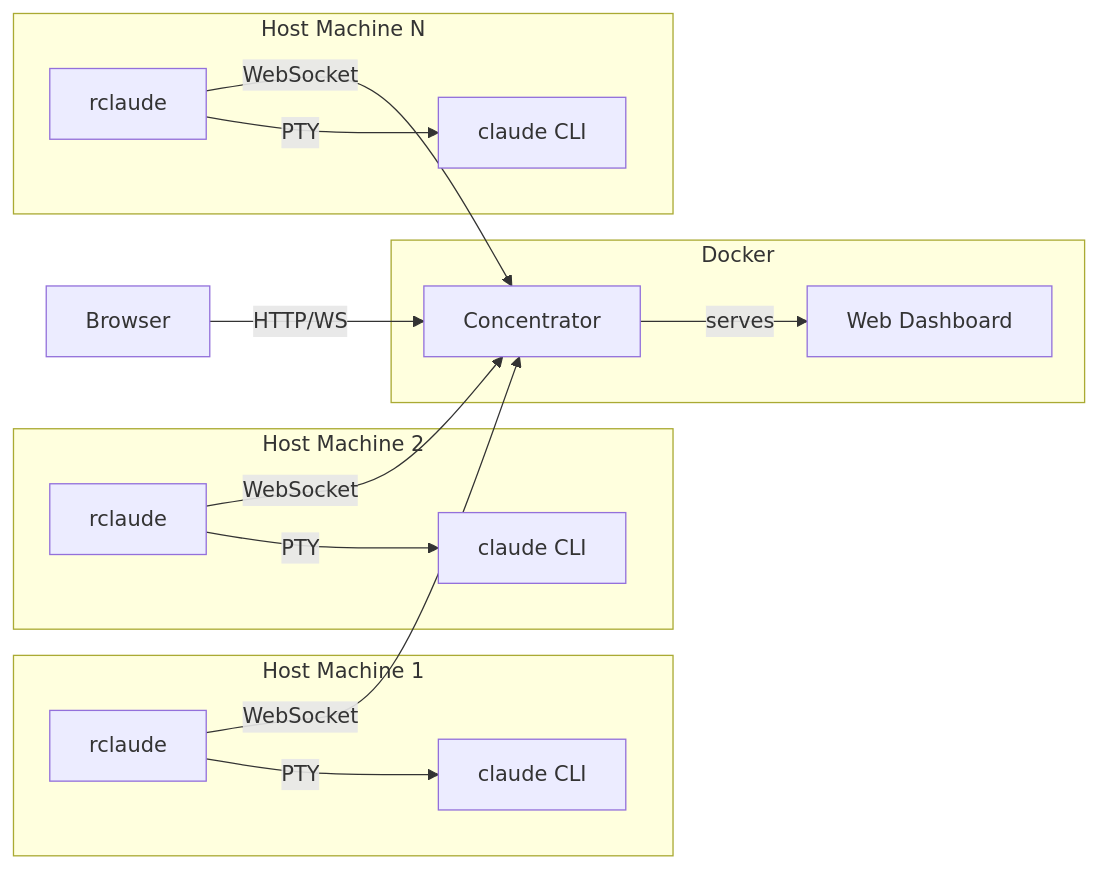
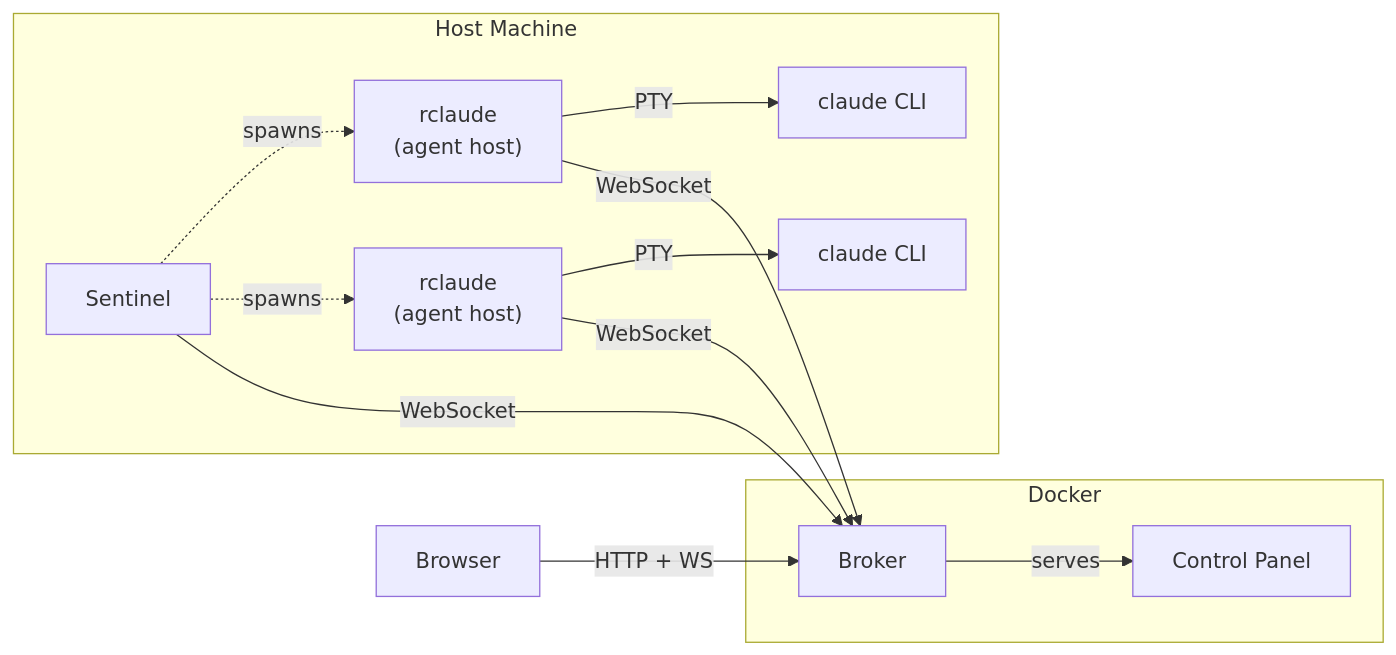
The diagram in README.md (claudification/claudewerk), drawn with Mermaid before and after one commit. The commit also changed other lines of this file and 1 other file, not shown here.

````diff
--- a/README.md
+++ b/README.md
@@ -339,23 +50,20 @@
 ```mermaid
 graph LR
-    subgraph host1["Host Machine 1"]
-        r1[rclaude] -->|PTY| c1[claude CLI]
-    end
-    subgraph host2["Host Machine 2"]
-        r2[rclaude] -->|PTY| c2[claude CLI]
-    end
-    subgraph hostN["Host Machine N"]
-        rN[rclaude] -->|PTY| cN[claude CLI]
+    subgraph host["Host Machine"]
+        sentinel[Sentinel]
+        ah1["rclaude<br/>(agent host)"] -->|PTY| cc1[claude CLI]
+        ah2["rclaude<br/>(agent host)"] -->|PTY| cc2[claude CLI]
+        sentinel -.spawns.-> ah1
+        sentinel -.spawns.-> ah2
     end
 
-    r1 -->|WebSocket| conc
-    r2 -->|WebSocket| conc
-    rN -->|WebSocket| conc
+    ah1 -->|WebSocket| broker
+    ah2 -->|WebSocket| broker
+    sentinel -->|WebSocket| broker
 
     subgraph docker["Docker"]
-        conc[Concentrator]
-        conc -->|serves| web[Web Dashboard]
+        broker[Broker] -->|serves| cp[Control Panel]
     end
 
-    browser[Browser] -->|HTTP/WS| conc
+    browser[Browser] -->|HTTP + WS| broker
 ```
````
